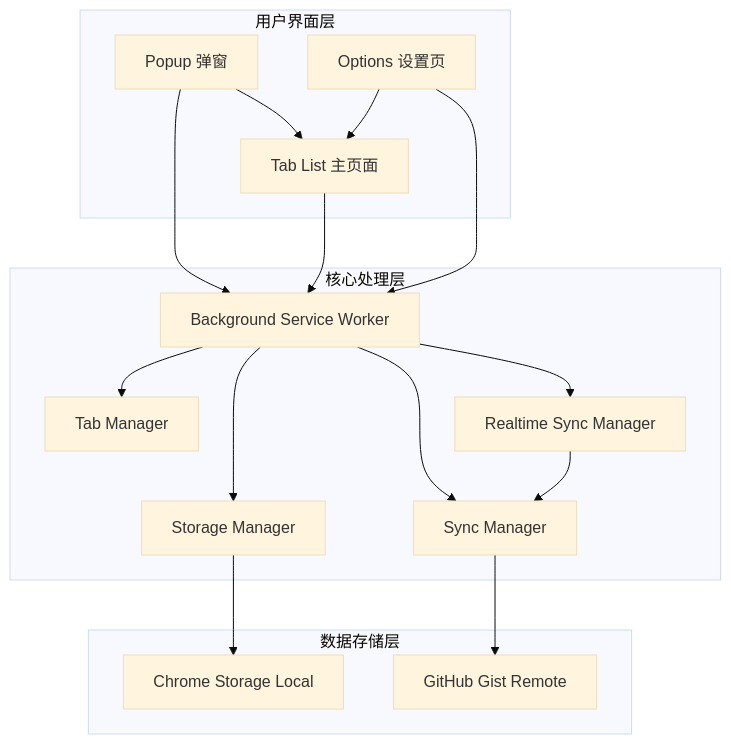
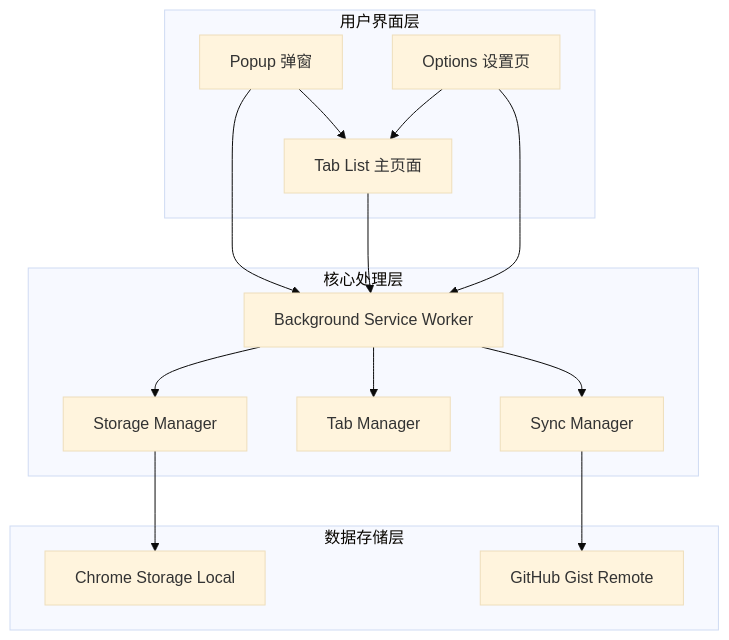
The first of 12 diagrams in UniTab_流程链路图.md (namehu/UniTab), drawn with Mermaid (base theme) before and after one commit. The commit also changed other lines of this file and 11 other files, not shown here.

````diff
--- a/UniTab_流程链路图.md
+++ b/UniTab_流程链路图.md
@@ -5,31 +5,29 @@
 ```mermaid
 graph TB
     subgraph "用户界面层"
         A[Popup 弹窗] --> B[Tab List 主页面]
         C[Options 设置页] --> B
     end
     
     subgraph "核心处理层"
         D[Background Service Worker]
         E[Storage Manager]
         F[Tab Manager]
         G[Sync Manager]
-        H[Realtime Sync Manager]
     end
     
     subgraph "数据存储层"
         I[Chrome Storage Local]
         J[GitHub Gist Remote]
     end
     
     A --> D
     B --> D
     C --> D
     D --> E
     D --> F
-    D --> G
-    D --> H
+
     E --> I
     G --> J
-    H --> G
+    D --> G
 ```
````
